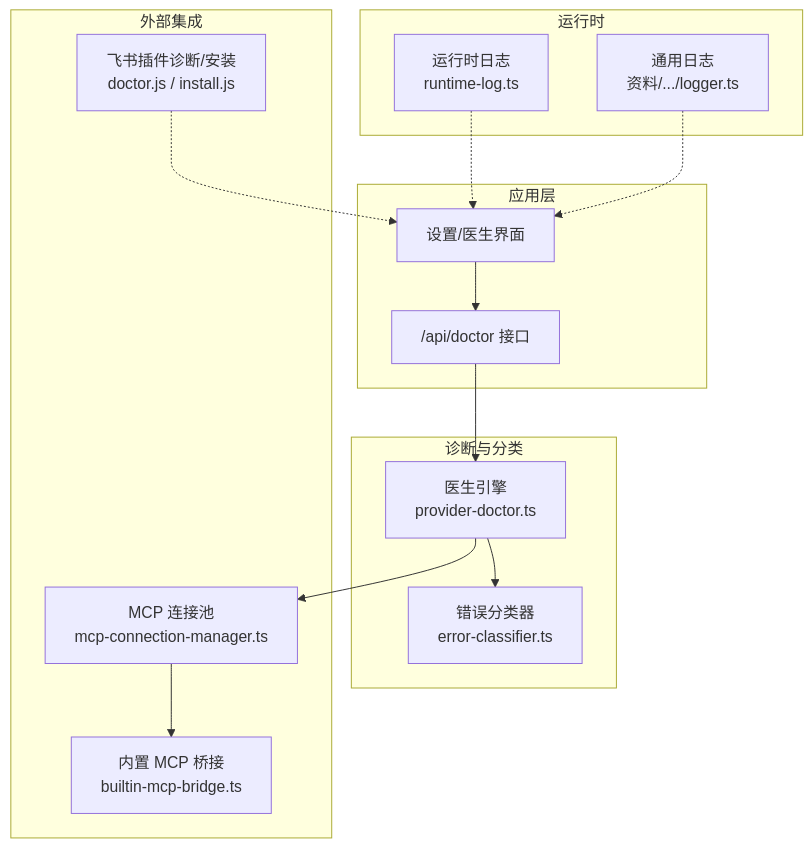
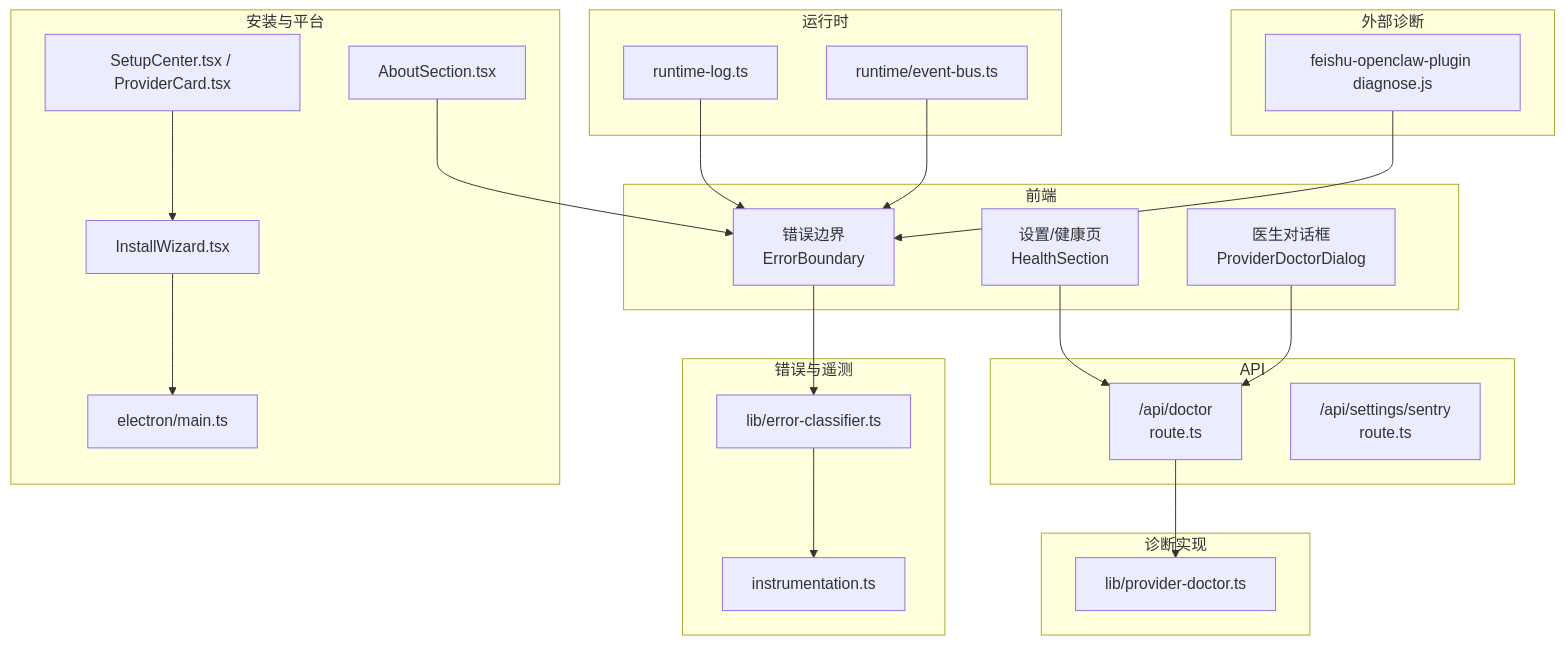
Before and after one commit to haolange/CodePilot: the first of 4 diagrams in .qoder/repowiki/zh/content/故障排除.md, drawn with Mermaid. The commit also changed other lines of this file and 203 other files, not shown here.

````diff
--- a/.qoder/repowiki/zh/content/故障排除.md
+++ b/.qoder/repowiki/zh/content/故障排除.md
@@ -39,28 +51,43 @@
 ```mermaid
 graph TB
-subgraph "应用层"
-UI["设置/医生界面"]
-API["/api/doctor 接口"]
+subgraph "前端"
+UI_D["设置/健康页<br/>HealthSection"]
+UI_DD["医生对话框<br/>ProviderDoctorDialog"]
+EB["错误边界<br/>ErrorBoundary"]
 end
-subgraph "诊断与分类"
-EC["错误分类器<br/>error-classifier.ts"]
-PD["医生引擎<br/>provider-doctor.ts"]
+subgraph "API"
+API_DOC["/api/doctor<br/>route.ts"]
+API_SENTRY["/api/settings/sentry<br/>route.ts"]
 end
 subgraph "运行时"
-RL["运行时日志<br/>runtime-log.ts"]
-LOG["通用日志<br/>资料/.../logger.ts"]
+RT_LOG["runtime-log.ts"]
+EV_BUS["runtime/event-bus.ts"]
 end
-subgraph "外部集成"
-MCP["MCP 连接池<br/>mcp-connection-manager.ts"]
-BR["内置 MCP 桥接<br/>builtin-mcp-bridge.ts"]
-FEISHU["飞书插件诊断/安装<br/>doctor.js / install.js"]
+subgraph "诊断实现"
+L_PD["lib/provider-doctor.ts"]
 end
-UI --> API
-API --> PD
-PD --> EC
-PD --> MCP
-MCP --> BR
-RL -.-> UI
-LOG -.-> UI
-FEISHU -.-> UI
+subgraph "错误与遥测"
+ERR_CLS["lib/error-classifier.ts"]
+INST["instrumentation.ts"]
+end
+subgraph "安装与平台"
+WZ["InstallWizard.tsx"]
+SETUP["SetupCenter.tsx / ProviderCard.tsx"]
+EMAIN["electron/main.ts"]
+ABOUT["AboutSection.tsx"]
+end
+subgraph "外部诊断"
+FESHIU["feishu-openclaw-plugin diagnose.js"]
+end
+UI_D --> API_DOC
+UI_DD --> API_DOC
+API_DOC --> L_PD
+EB --> ERR_CLS
+ERR_CLS --> INST
+RT_LOG --> EB
+EV_BUS --> EB
+WZ --> EMAIN
+SETUP --> WZ
+ABOUT --> EB
+FESHIU --> EB
 ```
````
